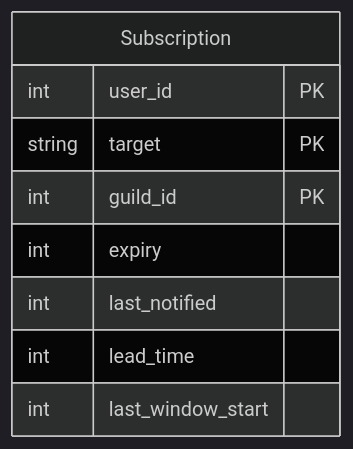
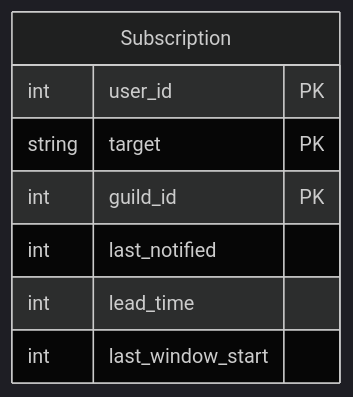
One commit to eq-p99-tools/roboToald changed the diagram in erd/subscription_schema.md. Above: the diagram before and after it, drawn with Mermaid (dark theme). The commit also changed other lines of this file and 29 other files, not shown here.

````diff
--- a/erd/subscription_schema.md
+++ b/erd/subscription_schema.md
@@ -11,12 +11,11 @@
 ```mermaid
 erDiagram
     Subscription {
         int user_id PK
         string target PK
         int guild_id PK
-        int expiry
         int last_notified
         int lead_time
         int last_window_start
     }
 ```
````
